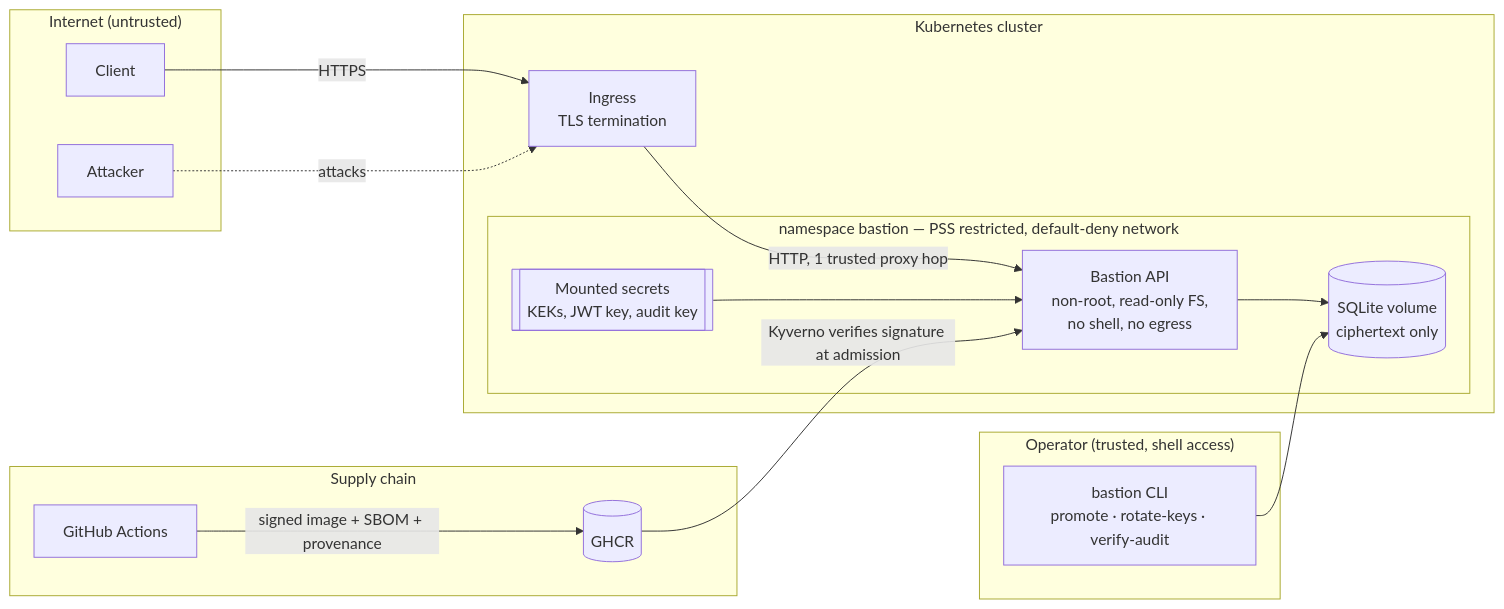
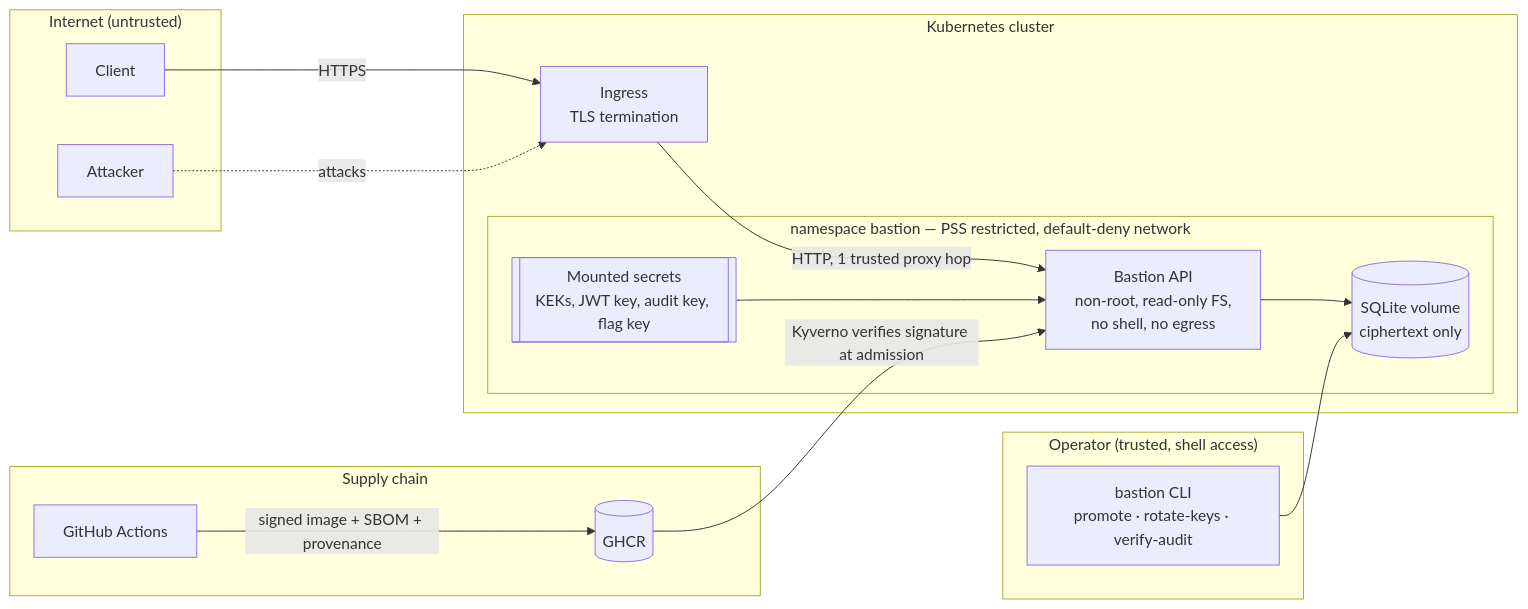
Before and after one commit to Azog1812/bastion-academy: the diagram in docs/threat-model.md, drawn with Mermaid. The commit also changed other lines of this file and 38 other files, not shown here.

````diff
--- a/docs/threat-model.md
+++ b/docs/threat-model.md
@@ -24,31 +27,31 @@
 ```mermaid
 flowchart LR
   subgraph Internet["Internet (untrusted)"]
     C[Client]
     A[Attacker]
   end
   subgraph Cluster["Kubernetes cluster"]
     I[Ingress<br/>TLS termination]
     subgraph NS["namespace bastion — PSS restricted, default-deny network"]
       API[Bastion API<br/>non-root, read-only FS,<br/>no shell, no egress]
       DB[(SQLite volume<br/>ciphertext only)]
-      S[[Mounted secrets<br/>KEKs, JWT key, audit key]]
+      S[[Mounted secrets<br/>KEKs, JWT key, audit key, flag key]]
     end
   end
   subgraph Ops["Operator (trusted, shell access)"]
     CLI[bastion CLI<br/>promote · rotate-keys · verify-audit]
   end
   subgraph Supply["Supply chain"]
     GH[GitHub Actions] -->|signed image + SBOM + provenance| R[(GHCR)]
   end
 
   C -- HTTPS --> I
   A -. attacks .-> I
   I -- "HTTP, 1 trusted proxy hop" --> API
   API --> DB
   S --> API
   CLI --> DB
   R -->|Kyverno verifies signature at admission| API
 
   classDef boundary stroke-dasharray: 5 5
 ```
````
